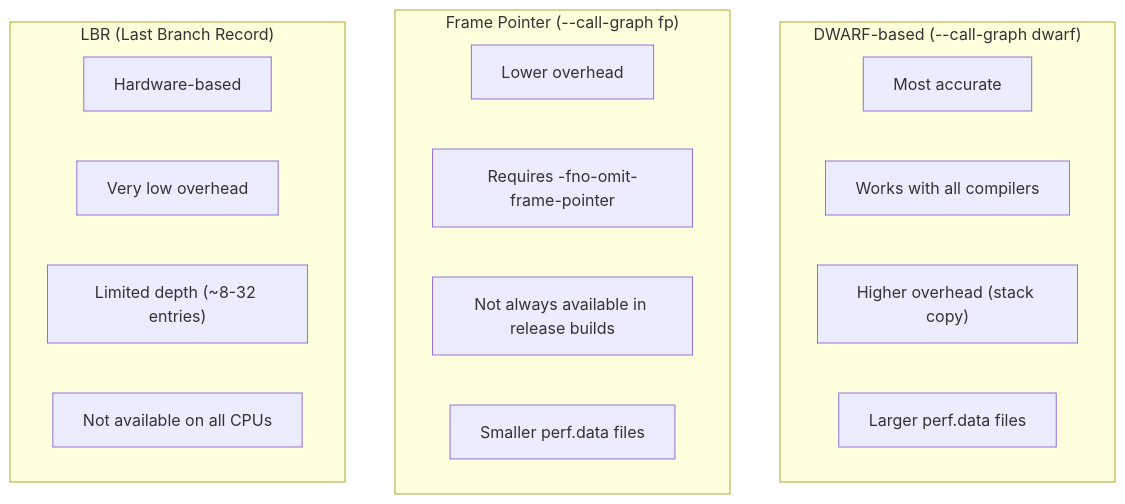
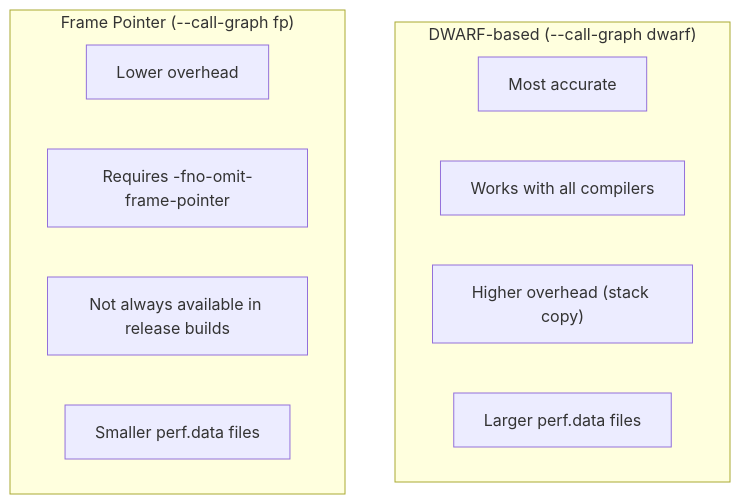
Diagram 13 of 38 in agents/claude/skills/aosp-infrastructure/58-debugging-tools.md (aospbooks/aosp-internal-book), drawn with Mermaid before and after one commit. The commit also changed other lines of this file and 218 other files, not shown here.

````diff
--- a/agents/claude/skills/aosp-infrastructure/58-debugging-tools.md
+++ b/agents/claude/skills/aosp-infrastructure/58-debugging-tools.md
@@ -1636,23 +1649,16 @@
 ```mermaid
 graph TD
     subgraph "DWARF-based (--call-graph dwarf)"
         D1["Most accurate"]
         D2["Works with all compilers"]
         D3["Higher overhead (stack copy)"]
         D4["Larger perf.data files"]
     end
 
     subgraph "Frame Pointer (--call-graph fp)"
         F1["Lower overhead"]
         F2["Requires -fno-omit-frame-pointer"]
         F3["Not always available in release builds"]
         F4["Smaller perf.data files"]
     end
-
-    subgraph "LBR (Last Branch Record)"
-        L1["Hardware-based"]
-        L2["Very low overhead"]
-        L3["Limited depth (~8-32 entries)"]
-        L4["Not available on all CPUs"]
-    end
 ```
````
